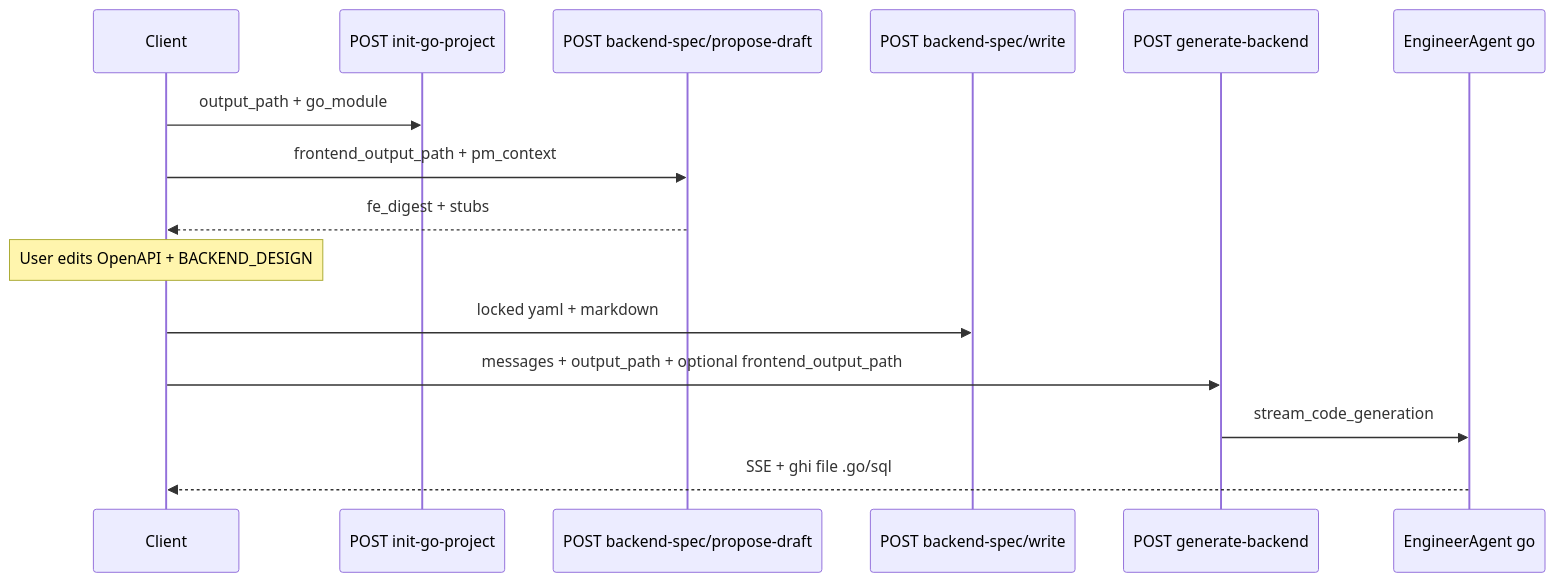
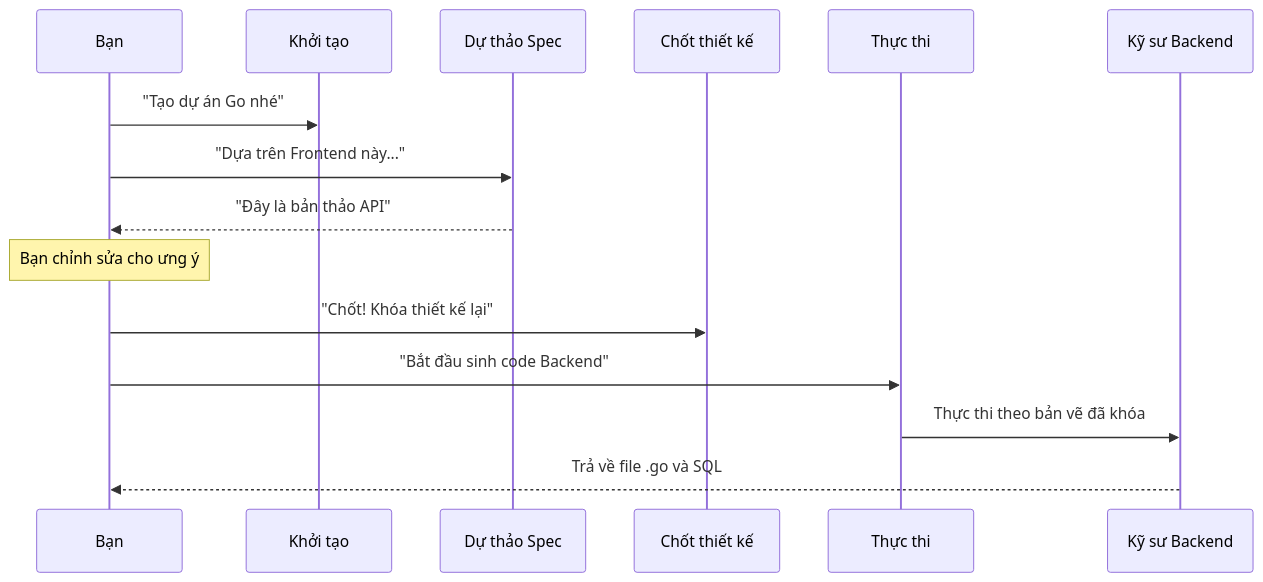
The third of 3 diagrams in content/posts/beguru-ai-case-study-runtime-fastapi-agentos.md (charlieviettq/charlieviettq.github.io), drawn with Mermaid before and after one commit. The commit also changed other lines of this file and 11 other files, not shown here.

````diff
--- a/content/posts/beguru-ai-case-study-runtime-fastapi-agentos.md
+++ b/content/posts/beguru-ai-case-study-runtime-fastapi-agentos.md
@@ -104,18 +103,18 @@
 ```mermaid
 sequenceDiagram
-  participant C as Client
-  participant I as POST init-go-project
-  participant P as POST backend-spec/propose-draft
-  participant W as POST backend-spec/write
-  participant G as POST generate-backend
-  participant EN as EngineerAgent go
+  participant Bạn
+  participant I as Khởi tạo
+  participant P as Dự thảo Spec
+  participant W as Chốt thiết kế
+  participant G as Thực thi
+  participant EN as Kỹ sư Backend
 
-  C->>I: output_path + go_module
-  C->>P: frontend_output_path + pm_context
-  P-->>C: fe_digest + stubs
-  Note over C: User edits OpenAPI + BACKEND_DESIGN
-  C->>W: locked yaml + markdown
-  C->>G: messages + output_path + optional frontend_output_path
-  G->>EN: stream_code_generation
-  EN-->>C: SSE + ghi file .go/sql
+  Bạn->>I: "Tạo dự án Go nhé"
+  Bạn->>P: "Dựa trên Frontend này..."
+  P-->>Bạn: "Đây là bản thảo API"
+  Note over Bạn: Bạn chỉnh sửa cho ưng ý
+  Bạn->>W: "Chốt! Khóa thiết kế lại"
+  Bạn->>G: "Bắt đầu sinh code Backend"
+  G->>EN: Thực thi theo bản vẽ đã khóa
+  EN-->>Bạn: Trả về file .go và SQL
 ```
````
